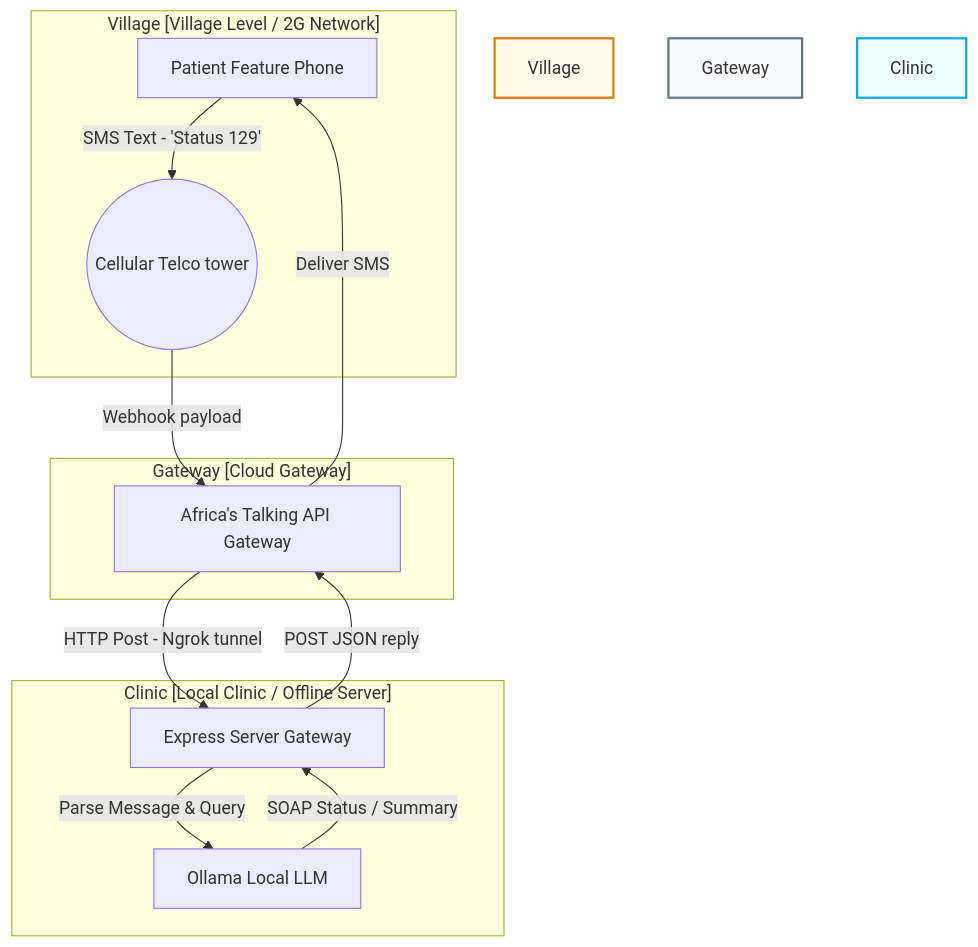
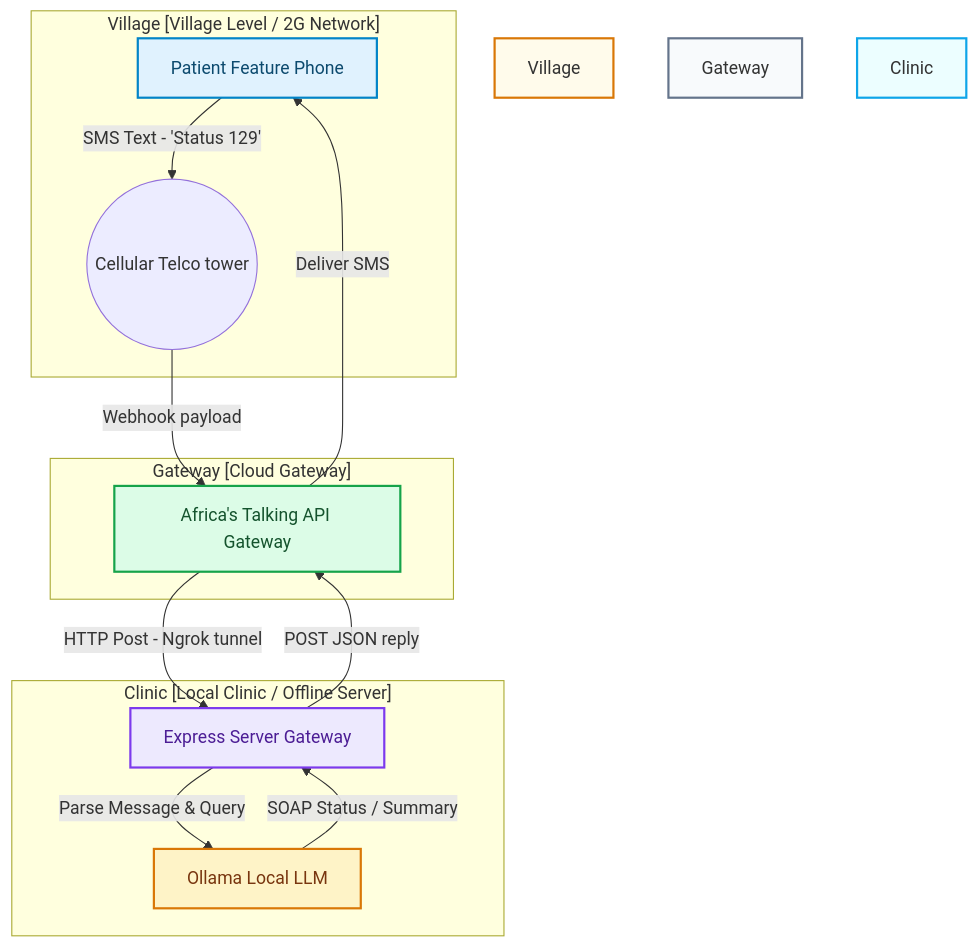
The diagram in blog/posts/2g-sms-fallback-bridge-africa-talking.md (akmalkhaniub/akmalkhaniub.github.io), drawn with Mermaid before and after one commit. The commit also changed other lines of this file and 1291 other files, not shown here.

First line of the commit message:
feat(catalog): unique covers, scholarly references, and diagram palettes

````diff
--- a/blog/posts/2g-sms-fallback-bridge-africa-talking.md
+++ b/blog/posts/2g-sms-fallback-bridge-africa-talking.md
@@ -18,22 +18,32 @@
 ```mermaid
 flowchart TD
     subgraph SG1_VillageVillageLevel ["Village [Village Level / 2G Network]"]
-        Patient[Patient Feature Phone] -->|SMS Text - 'Status 129'| Telco((Cellular Telco tower))
+        Patient["Patient Feature Phone"] -->|SMS Text - 'Status 129'| Telco((Cellular Telco tower))
     end
     
     subgraph SG2_GatewayCloudGateway ["Gateway [Cloud Gateway]"]
-        Telco -->|Webhook payload| AT[Africa's Talking API Gateway]
+        Telco -->|Webhook payload| AT["Africa's Talking API Gateway"]
     end
     
     subgraph SG3_ClinicLocalClinic ["Clinic [Local Clinic / Offline Server]"]
-        AT -->|HTTP Post - Ngrok tunnel| Express[Express Server Gateway]
-        Express -->|Parse Message & Query| LLM[Ollama Local LLM]
+        AT -->|HTTP Post - Ngrok tunnel| Express["Express Server Gateway"]
+        Express -->|Parse Message & Query| LLM["Ollama Local LLM"]
         LLM -->|SOAP Status / Summary| Express
         Express -->|POST JSON reply| AT
         AT -->|Deliver SMS| Patient
     end
 
     style Village fill:#fffbeb,stroke:#d97706,stroke-width:2px
     style Gateway fill:#f8fafc,stroke:#64748b,stroke-width:2px
     style Clinic fill:#ecfeff,stroke:#0ea5e9,stroke-width:2px
+
+classDef green fill:#dcfce7,stroke:#16a34a,stroke-width:2px,color:#14532d;
+classDef red fill:#fee2e2,stroke:#dc2626,stroke-width:2px,color:#7f1d1d;
+classDef blue fill:#e0f2fe,stroke:#0284c7,stroke-width:2px,color:#0c4a6e;
+classDef yellow fill:#fef3c7,stroke:#d97706,stroke-width:2px,color:#78350f;
+classDef purple fill:#ede9fe,stroke:#7c3aed,stroke-width:2px,color:#4c1d95;
+class Patient blue
+class AT green
+class Express purple
+class LLM yellow
 ```
````
